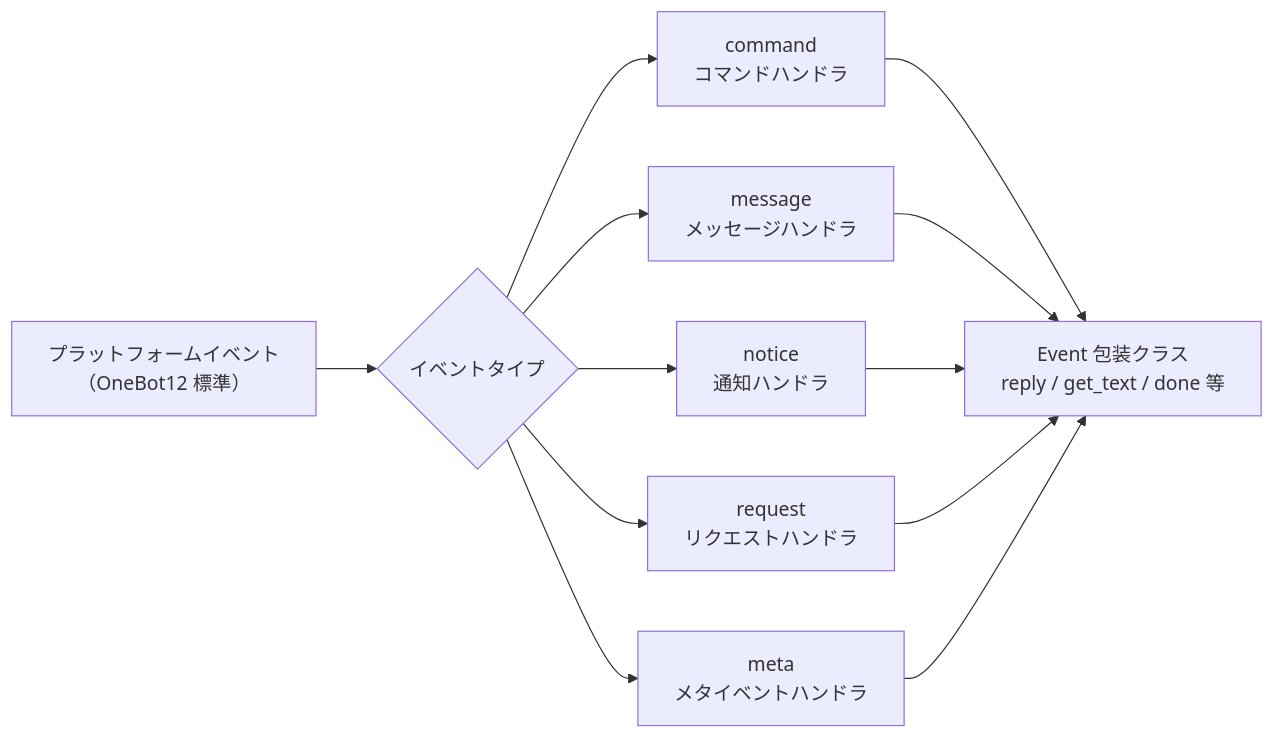
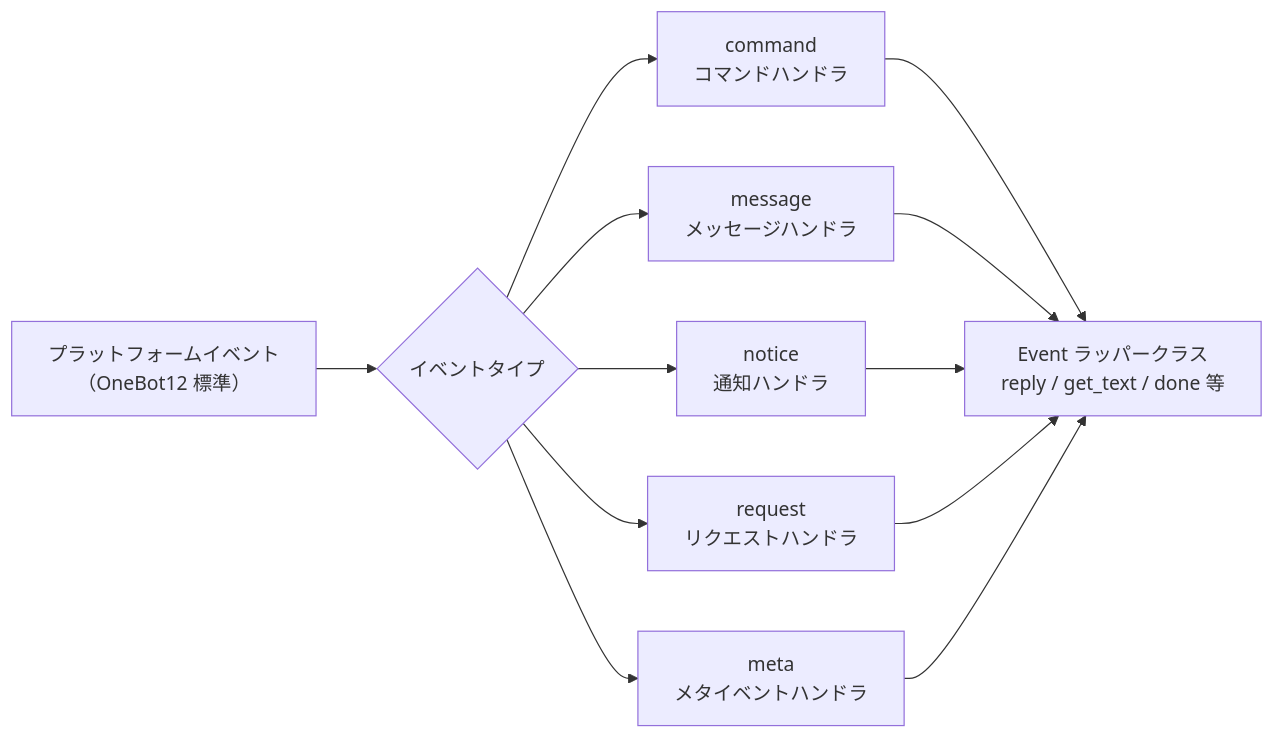
One commit to ErisPulse/ErisPulse changed the diagram in docs/ja/api-reference/event-system.md. Above: the diagram before and after it, drawn with Mermaid. The commit also changed other lines of this file and 91 other files, not shown here.

````diff
--- a/docs/ja/api-reference/event-system.md
+++ b/docs/ja/api-reference/event-system.md
@@ -7,10 +7,10 @@
 ```mermaid
 flowchart LR
     A["プラットフォームイベント<br/>（OneBot12 標準）"] --> B{"イベントタイプ"}
     B --> C["command<br/>コマンドハンドラ"]
     B --> D["message<br/>メッセージハンドラ"]
     B --> E["notice<br/>通知ハンドラ"]
     B --> F["request<br/>リクエストハンドラ"]
     B --> G["meta<br/>メタイベントハンドラ"]
-    C & D & E & F & G --> H["Event 包装クラス<br/>reply / get_text / done 等"]
+    C & D & E & F & G --> H["Event ラッパークラス<br/>reply / get_text / done 等"]
 ```
````
